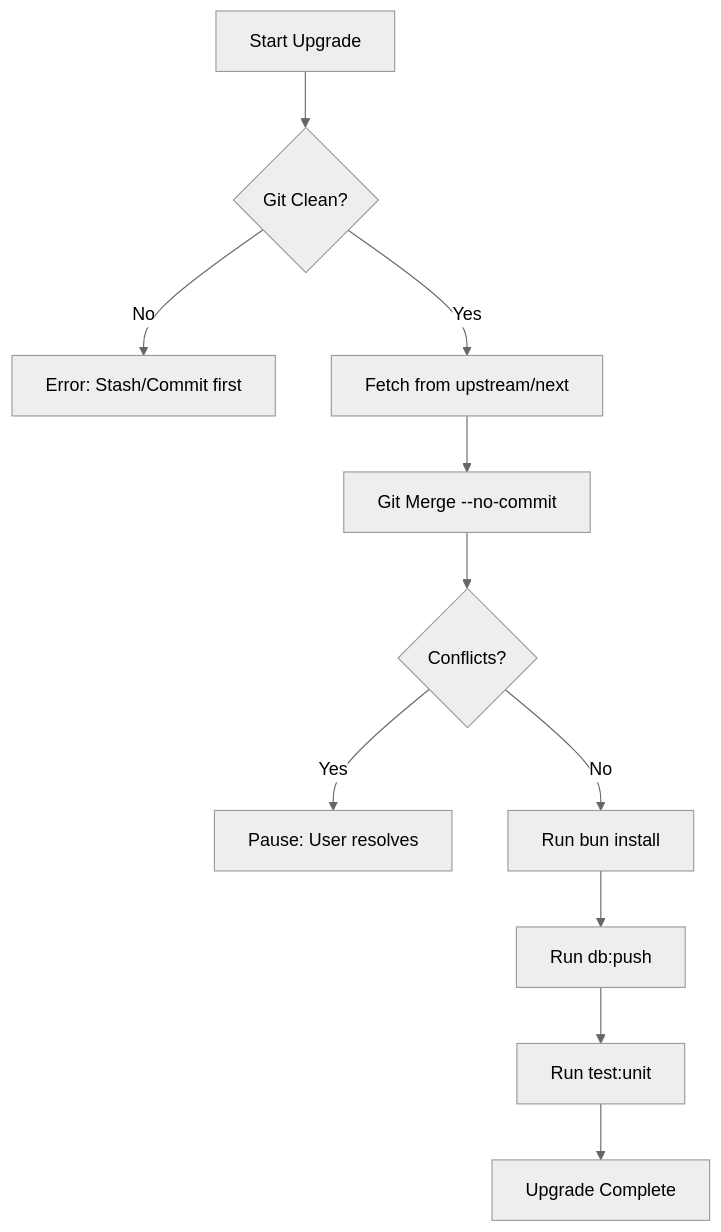
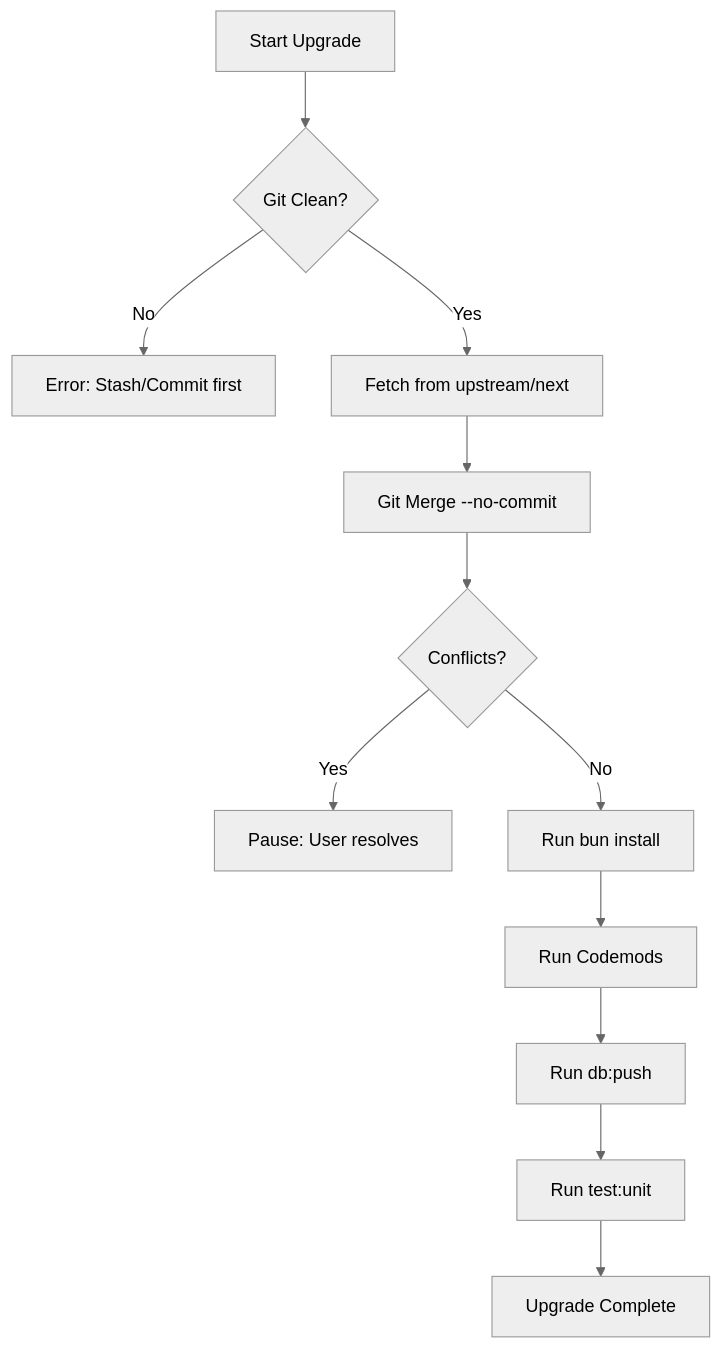
The diagram in docs/guides/configuration/Upgrading.mdx (TamoorArif/SveltyCMS), drawn with Mermaid (neutral theme) before and after one commit. The commit also changed other lines of this file and 8 other files, not shown here.

````diff
--- a/docs/guides/configuration/Upgrading.mdx
+++ b/docs/guides/configuration/Upgrading.mdx
@@ -17,13 +17,14 @@
 ```mermaid
 graph TD
     A[Start Upgrade] --> B{Git Clean?}
     B -- No --> C[Error: Stash/Commit first]
     B -- Yes --> D[Fetch from upstream/next]
     D --> E[Git Merge --no-commit]
     E --> F{Conflicts?}
     F -- Yes --> G[Pause: User resolves]
     F -- No --> H[Run bun install]
-    H --> I[Run db:push]
-    I --> J[Run test:unit]
-    J --> K[Upgrade Complete]
+    H --> I[Run Codemods]
+    I --> J[Run db:push]
+    J --> K[Run test:unit]
+    K --> L[Upgrade Complete]
 ```
````
